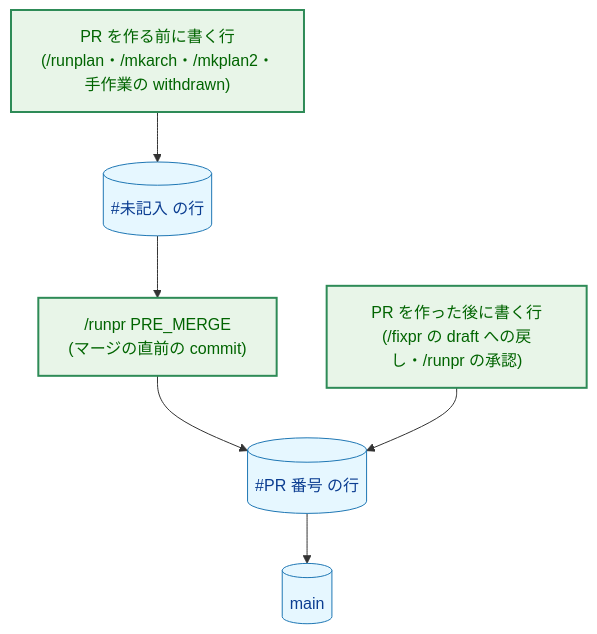
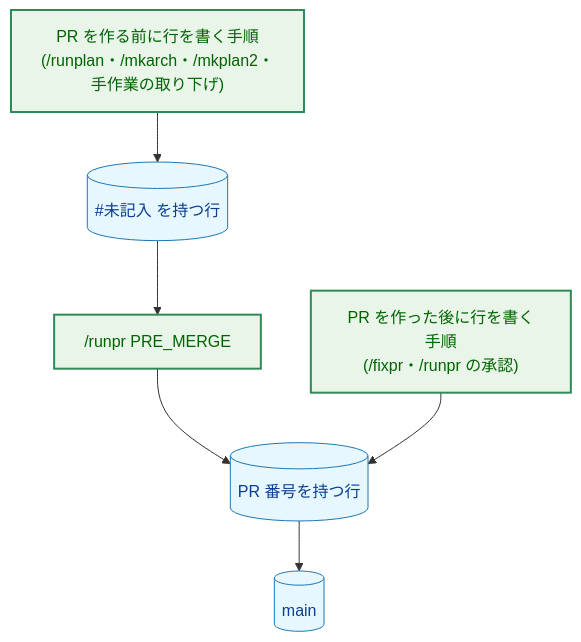
The fifth of 11 diagrams in docs/tasks/0053_status_comments_policy/02_architecture.md (isseis/yt2column), drawn with Mermaid before and after one commit. The commit also changed other lines of this file, not shown here.

````diff
--- a/docs/tasks/0053_status_comments_policy/02_architecture.md
+++ b/docs/tasks/0053_status_comments_policy/02_architecture.md
@@ -195,21 +198,21 @@
 ```mermaid
 flowchart TD
     classDef data fill:#e6f7ff,stroke:#1f77b4,stroke-width:1px,color:#0b3d91;
     classDef enhanced fill:#e8f5e8,stroke:#2e8b57,stroke-width:2px,color:#006400;
 
-    BEFORE["PR を作る前に書く行<br>(/runplan・/mkarch・/mkplan2・手作業の withdrawn)"]
-    AFTER["PR を作った後に書く行<br>(/fixpr の draft への戻し・/runpr の承認)"]
-    MARK[("#未記入 の行")]
-    NUM[("#PR 番号 の行")]
-    PREMERGE["/runpr PRE_MERGE<br>(マージの直前の commit)"]
+    BEFORE["PR を作る前に行を書く手順<br>(/runplan・/mkarch・/mkplan2・手作業の取り下げ)"]
+    AFTER["PR を作った後に行を書く手順<br>(/fixpr・/runpr の承認)"]
+    MARK[("#未記入 を持つ行")]
+    NUM[("PR 番号を持つ行")]
+    PREMERGE["/runpr PRE_MERGE"]
     MAIN[("main")]
 
     BEFORE --> MARK
     MARK --> PREMERGE
     PREMERGE --> NUM
     AFTER --> NUM
     NUM --> MAIN
 
     class MARK,NUM,MAIN data
     class BEFORE,AFTER,PREMERGE enhanced
 ```
````
